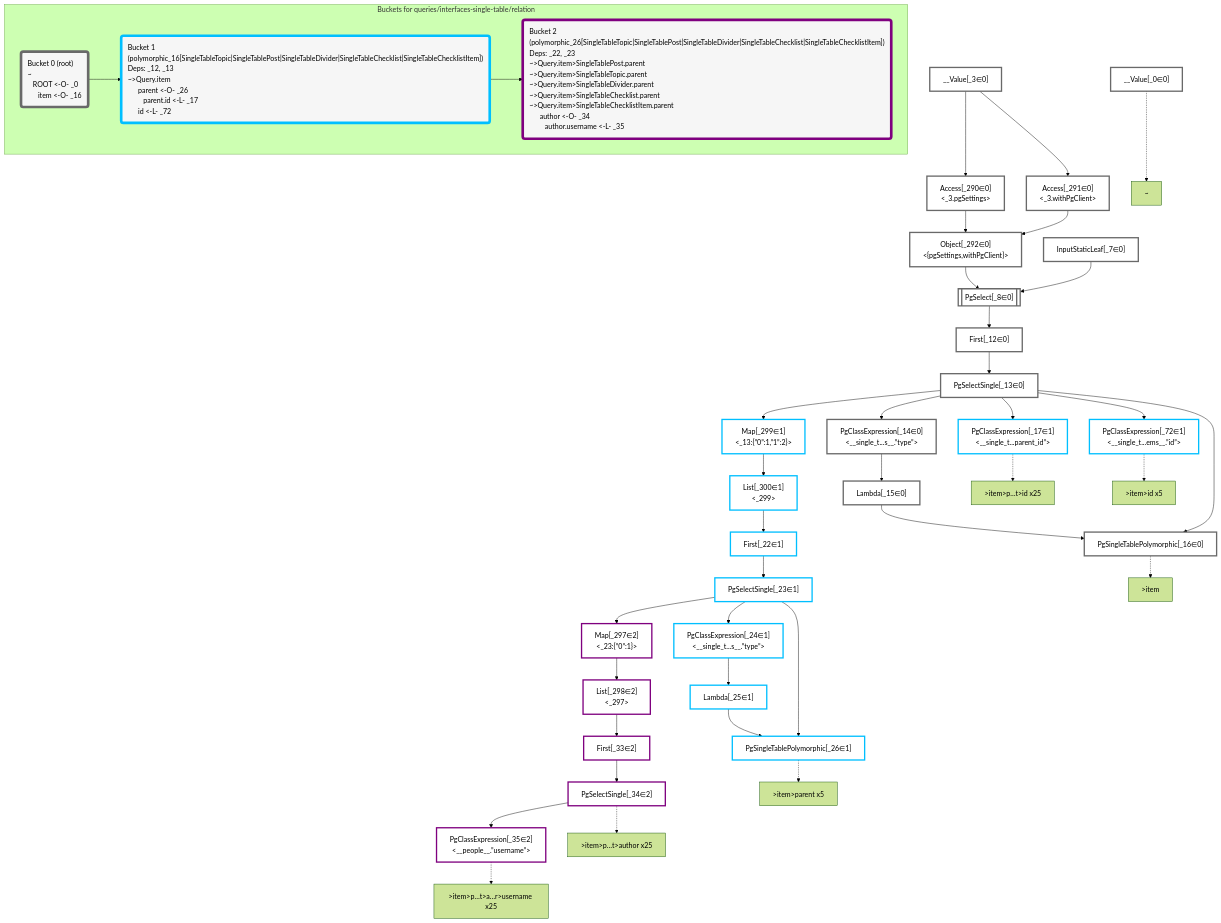
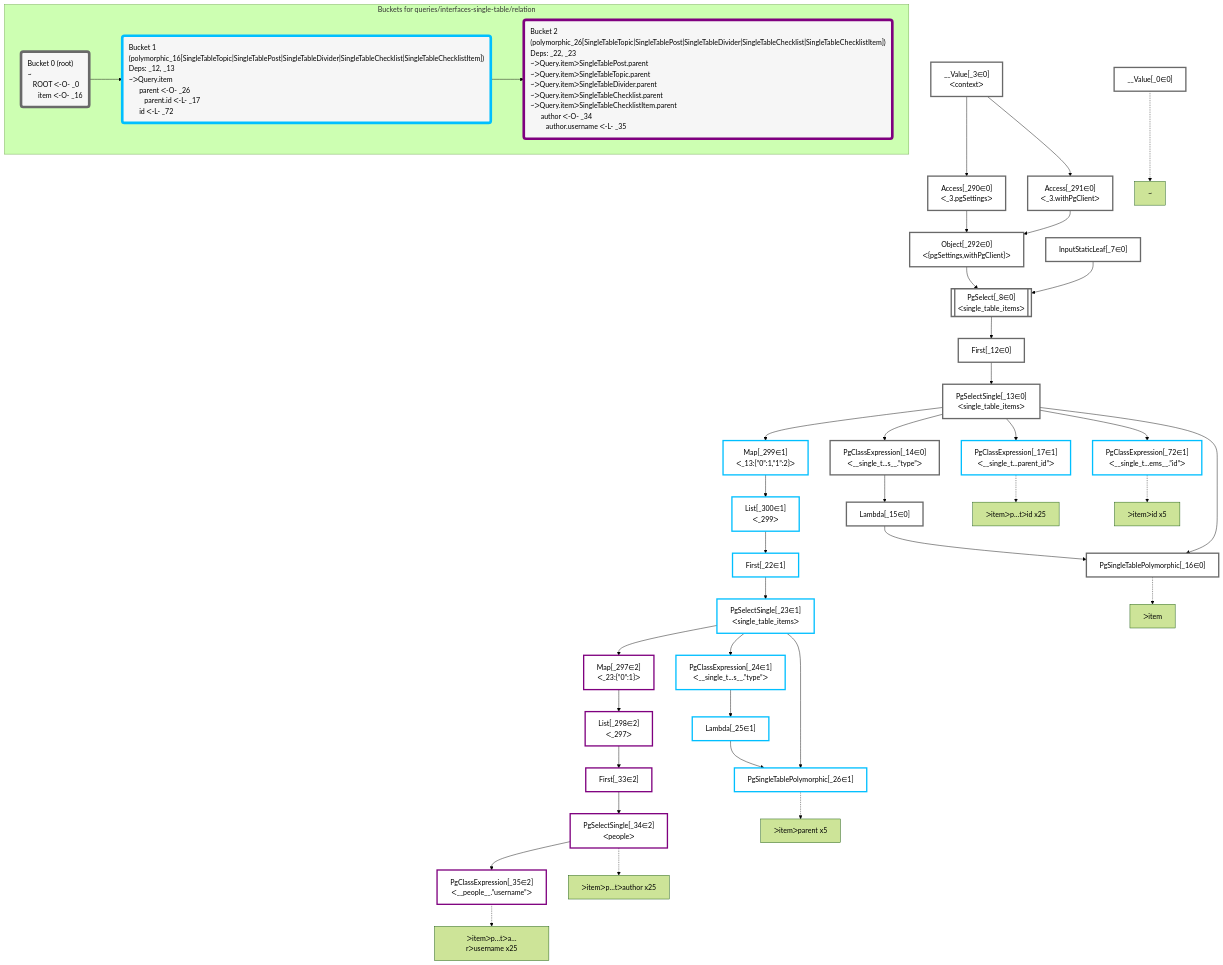
One commit to graphile/crystal changed the diagram in packages/dataplan-pg/__tests__/queries/interfaces-single-table/relation.mermaid.md. Above: the diagram before and after it, drawn with Mermaid (forest theme). The commit also changed 195 other files, not shown here.

```diff
--- a/packages/dataplan-pg/__tests__/queries/interfaces-single-table/relation.mermaid.md
+++ b/packages/dataplan-pg/__tests__/queries/interfaces-single-table/relation.mermaid.md
@@ -9,31 +9,31 @@
 
     %% define plans
     __Value_0["__Value[_0∈0]"]:::plan
-    __Value_3["__Value[_3∈0]<br /><context>"]:::plan
+    __Value_3["__Value[_3∈0]<br />ᐸcontextᐳ"]:::plan
     InputStaticLeaf_7["InputStaticLeaf[_7∈0]"]:::plan
-    PgSelect_8[["PgSelect[_8∈0]<br /><single_table_items>"]]:::plan
+    PgSelect_8[["PgSelect[_8∈0]<br />ᐸsingle_table_itemsᐳ"]]:::plan
     First_12["First[_12∈0]"]:::plan
-    PgSelectSingle_13["PgSelectSingle[_13∈0]<br /><single_table_items>"]:::plan
-    PgClassExpression_14["PgClassExpression[_14∈0]<br /><__single_t...s__.”type”>"]:::plan
+    PgSelectSingle_13["PgSelectSingle[_13∈0]<br />ᐸsingle_table_itemsᐳ"]:::plan
+    PgClassExpression_14["PgClassExpression[_14∈0]<br />ᐸ__single_t...s__.”type”ᐳ"]:::plan
     Lambda_15["Lambda[_15∈0]"]:::plan
     PgSingleTablePolymorphic_16["PgSingleTablePolymorphic[_16∈0]"]:::plan
-    PgClassExpression_17["PgClassExpression[_17∈1]<br /><__single_t...parent_id”>"]:::plan
+    PgClassExpression_17["PgClassExpression[_17∈1]<br />ᐸ__single_t...parent_id”ᐳ"]:::plan
     First_22["First[_22∈1]"]:::plan
-    PgSelectSingle_23["PgSelectSingle[_23∈1]<br /><single_table_items>"]:::plan
-    PgClassExpression_24["PgClassExpression[_24∈1]<br /><__single_t...s__.”type”>"]:::plan
+    PgSelectSingle_23["PgSelectSingle[_23∈1]<br />ᐸsingle_table_itemsᐳ"]:::plan
+    PgClassExpression_24["PgClassExpression[_24∈1]<br />ᐸ__single_t...s__.”type”ᐳ"]:::plan
     Lambda_25["Lambda[_25∈1]"]:::plan
     PgSingleTablePolymorphic_26["PgSingleTablePolymorphic[_26∈1]"]:::plan
     First_33["First[_33∈2]"]:::plan
-    PgSelectSingle_34["PgSelectSingle[_34∈2]<br /><people>"]:::plan
-    PgClassExpression_35["PgClassExpression[_35∈2]<br /><__people__.”username”>"]:::plan
-    PgClassExpression_72["PgClassExpression[_72∈1]<br /><__single_t...ems__.”id”>"]:::plan
-    Access_290["Access[_290∈0]<br /><_3.pgSettings>"]:::plan
-    Access_291["Access[_291∈0]<br /><_3.withPgClient>"]:::plan
-    Object_292["Object[_292∈0]<br /><{pgSettings,withPgClient}>"]:::plan
-    Map_297["Map[_297∈2]<br /><_23:{”0”:1}>"]:::plan
-    List_298["List[_298∈2]<br /><_297>"]:::plan
-    Map_299["Map[_299∈1]<br /><_13:{”0”:1,”1”:2}>"]:::plan
-    List_300["List[_300∈1]<br /><_299>"]:::plan
+    PgSelectSingle_34["PgSelectSingle[_34∈2]<br />ᐸpeopleᐳ"]:::plan
+    PgClassExpression_35["PgClassExpression[_35∈2]<br />ᐸ__people__.”username”ᐳ"]:::plan
+    PgClassExpression_72["PgClassExpression[_72∈1]<br />ᐸ__single_t...ems__.”id”ᐳ"]:::plan
+    Access_290["Access[_290∈0]<br />ᐸ_3.pgSettingsᐳ"]:::plan
+    Access_291["Access[_291∈0]<br />ᐸ_3.withPgClientᐳ"]:::plan
+    Object_292["Object[_292∈0]<br />ᐸ{pgSettings,withPgClient}ᐳ"]:::plan
+    Map_297["Map[_297∈2]<br />ᐸ_23:{”0”:1}ᐳ"]:::plan
+    List_298["List[_298∈2]<br />ᐸ_297ᐳ"]:::plan
+    Map_299["Map[_299∈1]<br />ᐸ_13:{”0”:1,”1”:2}ᐳ"]:::plan
+    List_300["List[_300∈1]<br />ᐸ_299ᐳ"]:::plan
 
     %% plan dependencies
     Object_292 --> PgSelect_8
@@ -67,17 +67,17 @@
     %% plan-to-path relationships
     P_0["~"]
     __Value_0 -.-> P_0
-    P_16[">item"]
+    P_16["ᐳitem"]
     PgSingleTablePolymorphic_16 -.-> P_16
-    P_17[">item>p…t>id x25"]
+    P_17["ᐳitemᐳp…tᐳid x25"]
     PgClassExpression_17 -.-> P_17
-    P_26[">item>parent x5"]
+    P_26["ᐳitemᐳparent x5"]
     PgSingleTablePolymorphic_26 -.-> P_26
-    P_34[">item>p…t>author x25"]
+    P_34["ᐳitemᐳp…tᐳauthor x25"]
     PgSelectSingle_34 -.-> P_34
-    P_35[">item>p…t>a…r>username x25"]
+    P_35["ᐳitemᐳp…tᐳa…rᐳusername x25"]
     PgClassExpression_35 -.-> P_35
-    P_72[">item>id x5"]
+    P_72["ᐳitemᐳid x5"]
     PgClassExpression_72 -.-> P_72
 
     %% allocate buckets
@@ -89,12 +89,12 @@
     class First_33,PgSelectSingle_34,PgClassExpression_35,Map_297,List_298 bucket2
 
     subgraph "Buckets for queries/interfaces-single-table/relation"
-    Bucket0("Bucket 0 (root)<br />~<br />⠀ROOT <-O- _0<br />⠀⠀item <-O- _16"):::bucket
+    Bucket0("Bucket 0 (root)<br />~<br />⠀ROOT ᐸ-O- _0<br />⠀⠀item ᐸ-O- _16"):::bucket
     style Bucket0 stroke:#696969
-    Bucket1("Bucket 1 (polymorphic_16[SingleTableTopic|SingleTablePost|SingleTableDivider|SingleTableChecklist|SingleTableChecklistItem])<br />Deps: _12, _13<br />~>Query.item<br />⠀⠀parent <-O- _26<br />⠀⠀⠀parent.id <-L- _17<br />⠀⠀id <-L- _72"):::bucket
+    Bucket1("Bucket 1 (polymorphic_16[SingleTableTopic|SingleTablePost|SingleTableDivider|SingleTableChecklist|SingleTableChecklistItem])<br />Deps: _12, _13<br />~ᐳQuery.item<br />⠀⠀parent ᐸ-O- _26<br />⠀⠀⠀parent.id ᐸ-L- _17<br />⠀⠀id ᐸ-L- _72"):::bucket
     style Bucket1 stroke:#00bfff
     Bucket0 --> Bucket1
-    Bucket2("Bucket 2 (polymorphic_26[SingleTableTopic|SingleTablePost|SingleTableDivider|SingleTableChecklist|SingleTableChecklistItem])<br />Deps: _22, _23<br />~>Query.item>SingleTablePost.parent<br />~>Query.item>SingleTableTopic.parent<br />~>Query.item>SingleTableDivider.parent<br />~>Query.item>SingleTableChecklist.parent<br />~>Query.item>SingleTableChecklistItem.parent<br />⠀⠀author <-O- _34<br />⠀⠀⠀author.username <-L- _35"):::bucket
+    Bucket2("Bucket 2 (polymorphic_26[SingleTableTopic|SingleTablePost|SingleTableDivider|SingleTableChecklist|SingleTableChecklistItem])<br />Deps: _22, _23<br />~ᐳQuery.itemᐳSingleTablePost.parent<br />~ᐳQuery.itemᐳSingleTableTopic.parent<br />~ᐳQuery.itemᐳSingleTableDivider.parent<br />~ᐳQuery.itemᐳSingleTableChecklist.parent<br />~ᐳQuery.itemᐳSingleTableChecklistItem.parent<br />⠀⠀author ᐸ-O- _34<br />⠀⠀⠀author.username ᐸ-L- _35"):::bucket
     style Bucket2 stroke:#7f007f
     Bucket1 --> Bucket2
     end
```
